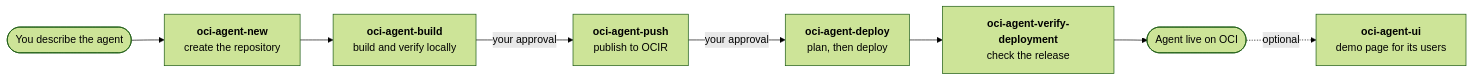
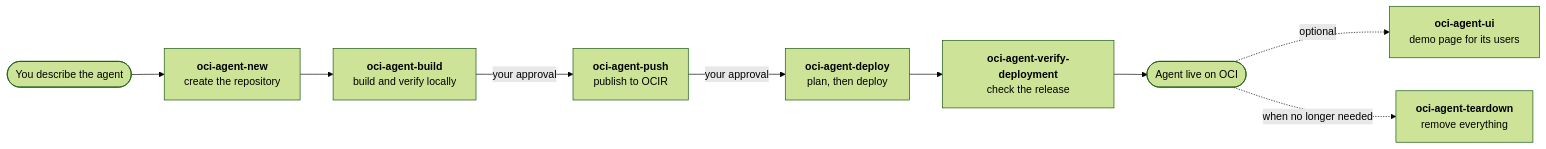
Before and after one commit to luigisaetta/codex-4-oci-enterprise-ai-deployment: the first of 2 diagrams in README.md, drawn with Mermaid (forest theme). The commit also changed other lines of this file and 19 other files, not shown here.

Commit message:
Spec 029: skill oci-agent-teardown

````diff
--- a/README.md
+++ b/README.md
@@ -47,10 +47,11 @@
 ```mermaid
 flowchart LR
     You(["You describe the agent"]) --> New["<b>oci-agent-new</b><br/>create the repository"]
     New --> Build["<b>oci-agent-build</b><br/>build and verify locally"]
     Build -- "your approval" --> Push["<b>oci-agent-push</b><br/>publish to OCIR"]
     Push -- "your approval" --> Deploy["<b>oci-agent-deploy</b><br/>plan, then deploy"]
     Deploy --> Verify["<b>oci-agent-verify-deployment</b><br/>check the release"]
     Verify --> Live(["Agent live on OCI"])
     Live -. "optional" .-> UI["<b>oci-agent-ui</b><br/>demo page for its users"]
+    Live -. "when no longer needed" .-> Teardown["<b>oci-agent-teardown</b><br/>remove everything"]
 ```
````
